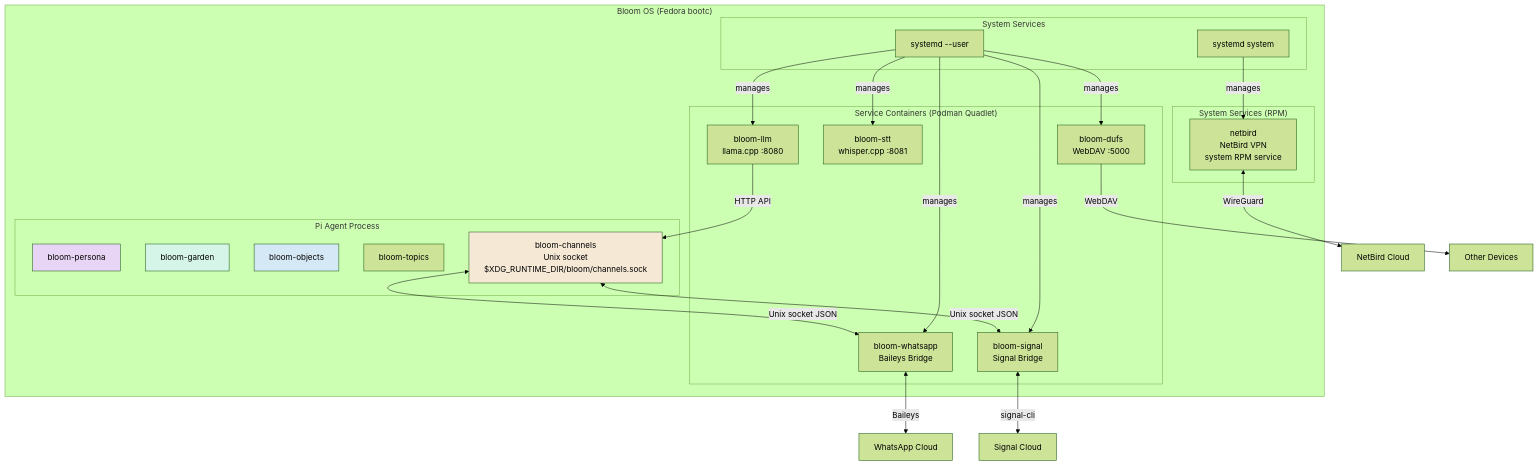
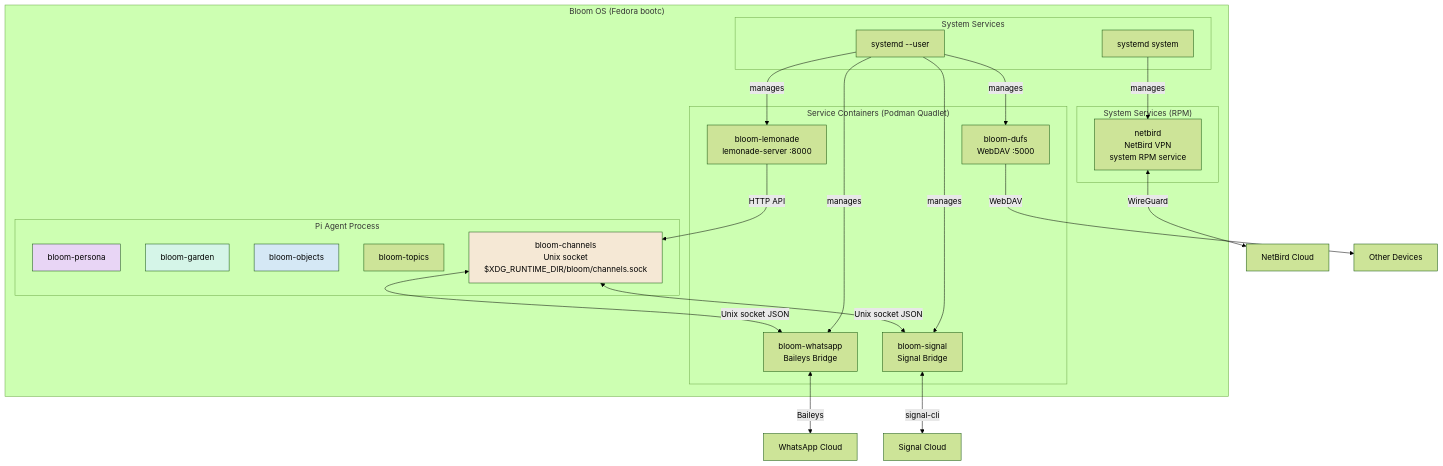
One commit to alexradunet/ownloom changed the second of 5 diagrams in docs/service-architecture.md. Above: the diagram before and after it, drawn with Mermaid (forest theme). The commit also changed other lines of this file and 13 other files, not shown here.

First line of the commit message:
docs: update all references from llm/stt to lemonade-server

````diff
--- a/docs/service-architecture.md
+++ b/docs/service-architecture.md
@@ -38,48 +38,46 @@
 ```mermaid
 graph TB
     subgraph "Bloom OS (Fedora bootc)"
         subgraph "Pi Agent Process"
             persona[bloom-persona]
             garden[bloom-garden]
             objects[bloom-objects]
             topics[bloom-topics]
             channels[bloom-channels<br/>Unix socket<br/>$XDG_RUNTIME_DIR/bloom/channels.sock]
         end
 
         subgraph "Service Containers (Podman Quadlet)"
-            llm[bloom-llm<br/>llama.cpp :8080]
-            stt[bloom-stt<br/>whisper.cpp :8081]
+            lemonade[bloom-lemonade<br/>lemonade-server :8000]
             dufs[bloom-dufs<br/>WebDAV :5000]
             wa[bloom-whatsapp<br/>Baileys Bridge]
             signal[bloom-signal<br/>Signal Bridge]
         end
 
         subgraph "System Services (RPM)"
             netbird[netbird<br/>NetBird VPN<br/>system RPM service]
         end
 
         subgraph "System Services"
             systemd[systemd --user]
             systemd_sys[systemd system]
         end
     end
 
     channels <-->|Unix socket JSON| wa
     channels <-->|Unix socket JSON| signal
     wa <-->|Baileys| whatsapp_cloud[WhatsApp Cloud]
     signal <-->|signal-cli| signal_cloud[Signal Cloud]
-    llm -->|HTTP API| channels
+    lemonade -->|HTTP API| channels
     netbird <-->|WireGuard| netbird_cloud[NetBird Cloud]
     dufs -->|WebDAV| devices[Other Devices]
     systemd -->|manages| wa
     systemd -->|manages| signal
-    systemd -->|manages| llm
-    systemd -->|manages| stt
+    systemd -->|manages| lemonade
     systemd -->|manages| dufs
     systemd_sys -->|manages| netbird
 
     style persona fill:#e8d5f5
     style garden fill:#d5f5e8
     style objects fill:#d5e8f5
     style channels fill:#f5e8d5
 ```
````
